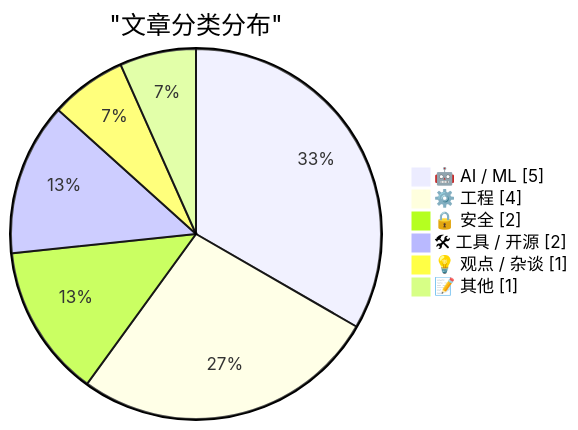
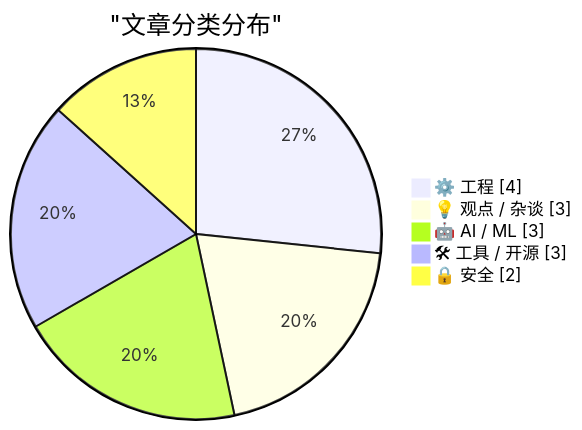
One commit to AlexJJ009/ai-daily-digest-v2 changed the first of 2 diagrams in docs/digest-20260815.md. Above: the diagram before and after it, drawn with Mermaid. The commit also changed other lines of this file and 2 other files, not shown here.

````diff
--- a/docs/digest-20260815.md
+++ b/docs/digest-20260815.md
@@ -53,10 +53,9 @@
 ```mermaid
 pie showData
     title "文章分类分布"
-    "🤖 AI / ML" : 5
     "⚙️ 工程" : 4
+    "💡 观点 / 杂谈" : 3
+    "🤖 AI / ML" : 3
+    "🛠 工具 / 开源" : 3
     "🔒 安全" : 2
-    "🛠 工具 / 开源" : 2
-    "💡 观点 / 杂谈" : 1
-    "📝 其他" : 1
 ```
````
